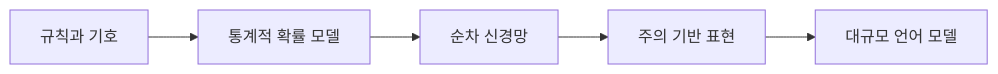
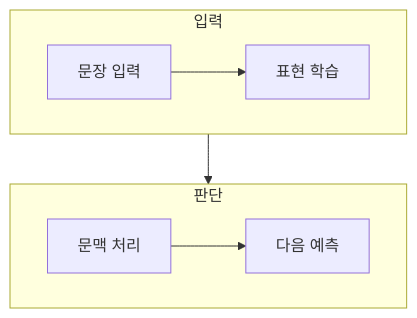
One commit to umyunsang/edu changed the diagram in ComputerScience/03_ai-ml-data/large-language-models/notes/OpenAI API 04. LLM과 NLP의 발전.md. Above: the diagram before and after it, drawn with Mermaid. The commit also changed other lines of this file and 7 other files, not shown here.

````diff
--- a/ComputerScience/03_ai-ml-data/large-language-models/notes/OpenAI API 04. LLM과 NLP의 발전.md
+++ b/ComputerScience/03_ai-ml-data/large-language-models/notes/OpenAI API 04. LLM과 NLP의 발전.md
@@ -21,7 +24,12 @@
 ```mermaid
-flowchart LR
-  A["규칙과 기호"] --> B["통계적 확률 모델"]
-  B --> C["순차 신경망"]
-  C --> D["주의 기반 표현"]
-  D --> E["대규모 언어 모델"]
+flowchart TB
+    subgraph Input[입력]
+        direction LR
+        A[문장 입력] --> B[표현 학습]
+    end
+    subgraph Decision[판단]
+        direction LR
+        C[문맥 처리] --> D[다음 예측]
+    end
+    B --> C
 ```
````
